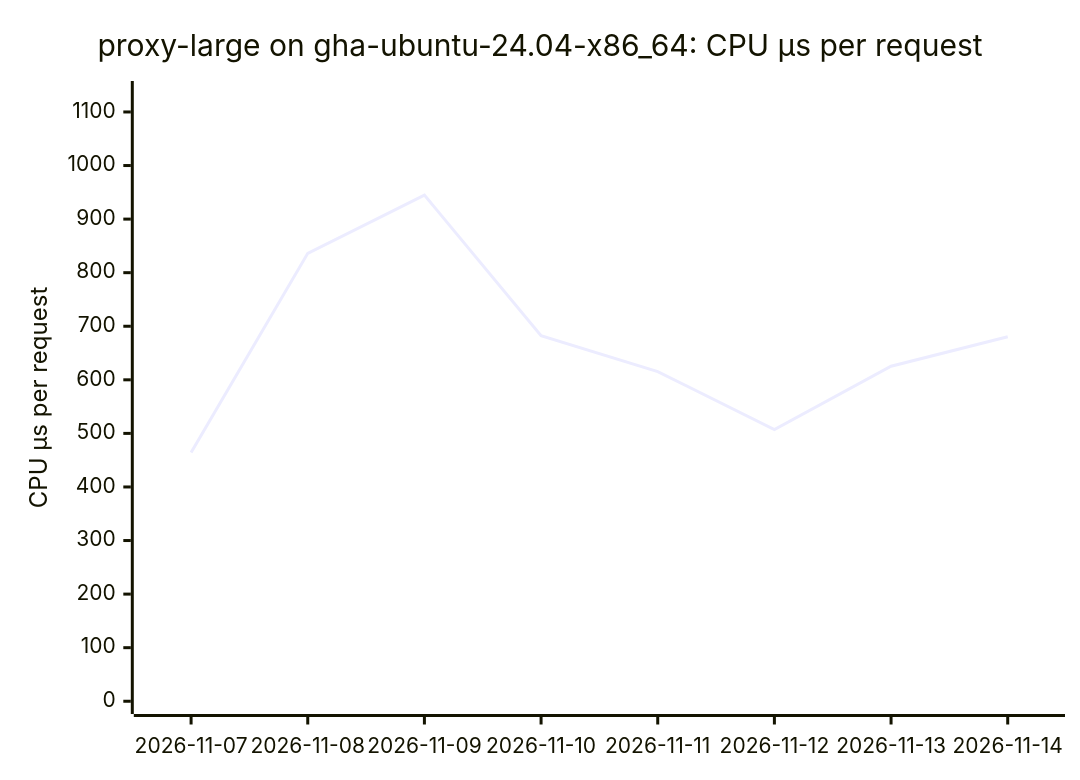
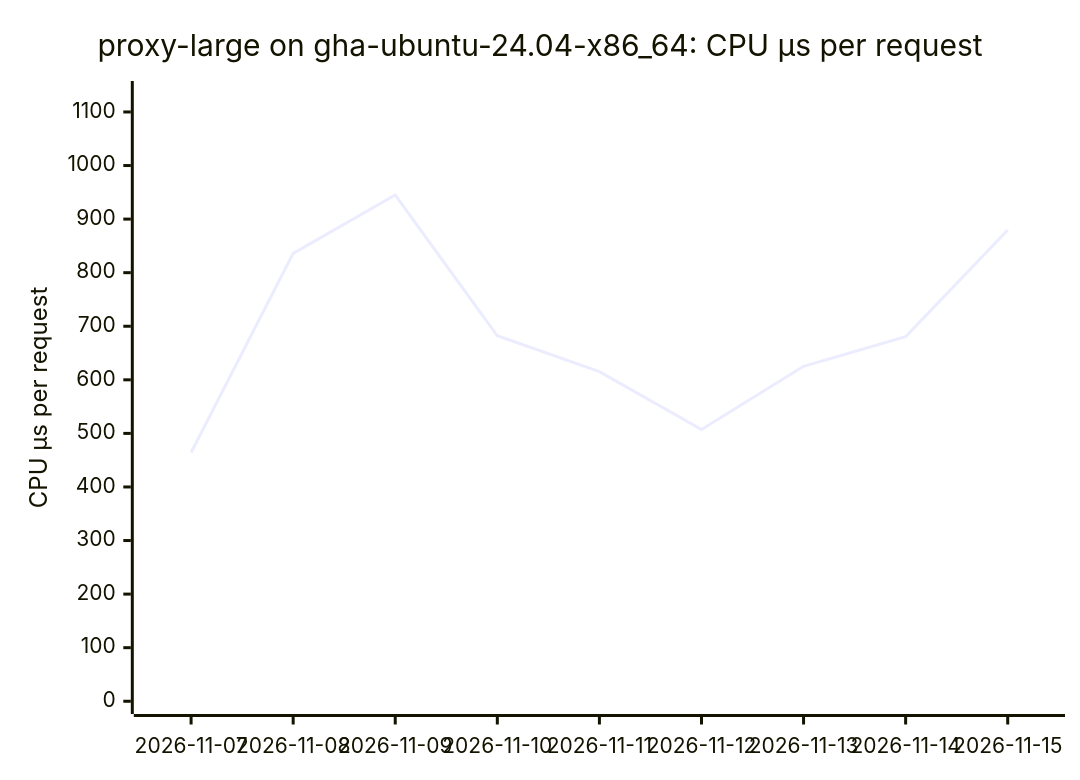
The sixth of 18 diagrams in BENCHMARKS.md (ThePixelPilgrim/durchlauferhitzer), drawn with Mermaid before and after one commit. The commit also changed other lines of this file and 1 other file, not shown here.

````diff
--- a/BENCHMARKS.md
+++ b/BENCHMARKS.md
@@ -76,7 +76,7 @@
 ```mermaid
 xychart-beta
   title "proxy-large on gha-ubuntu-24.04-x86_64: CPU µs per request"
-  x-axis ["2026-11-07", "2026-11-08", "2026-11-09", "2026-11-10", "2026-11-11", "2026-11-12", "2026-11-13", "2026-11-14"]
+  x-axis ["2026-11-07", "2026-11-08", "2026-11-09", "2026-11-10", "2026-11-11", "2026-11-12", "2026-11-13", "2026-11-14", "2026-11-15"]
   y-axis "CPU µs per request" 0 --> 1134
-  line [464.25, 836.13, 944.91, 682.24, 615.25, 507.25, 625.31, 680.39]
+  line [464.25, 836.13, 944.91, 682.24, 615.25, 507.25, 625.31, 680.39, 879.63]
 ```
````
